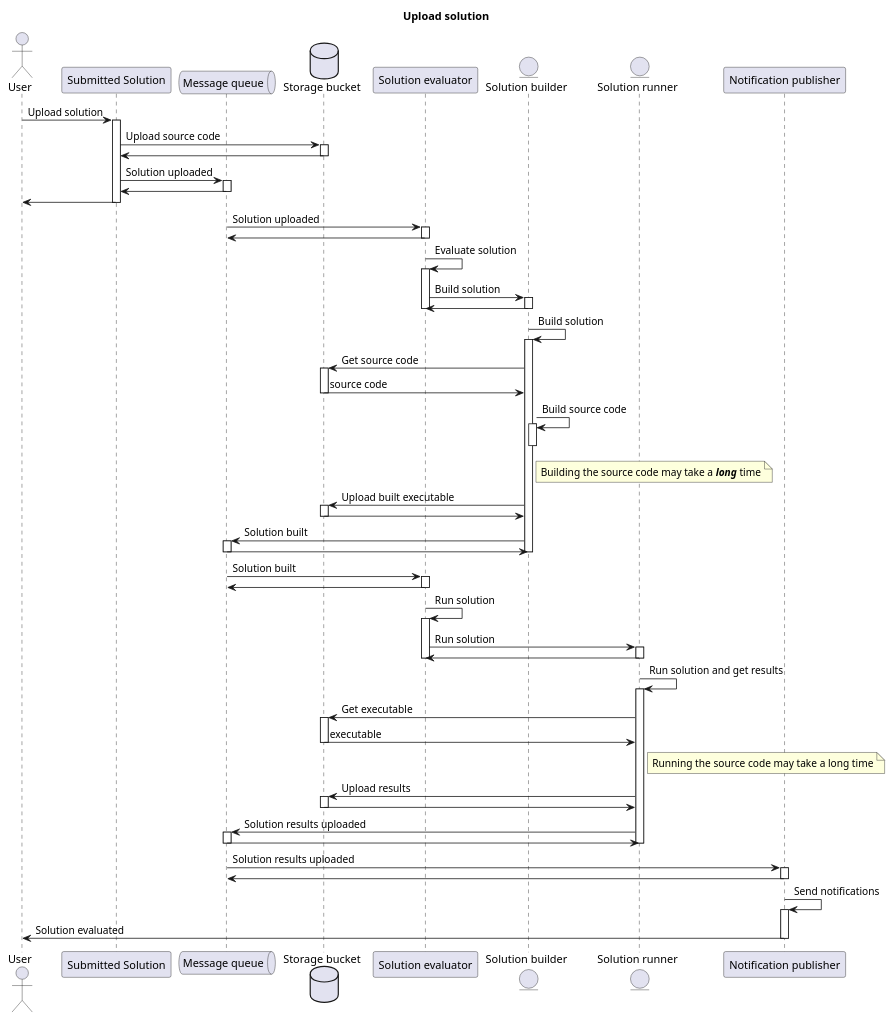
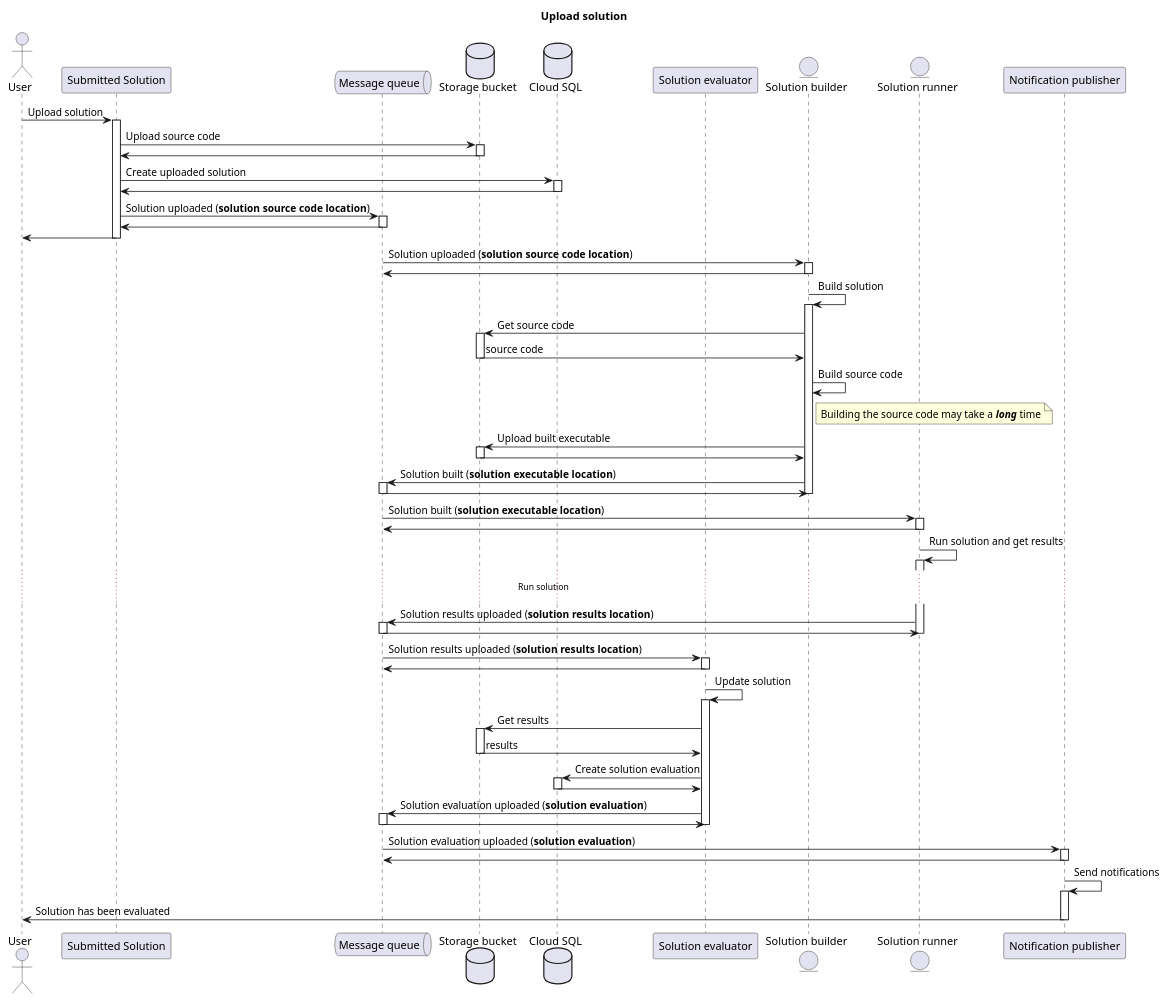
The diagram in specification/upload_solution.plantuml (nemaberci/codehub), drawn with PlantUML before and after one commit. The commit also changed 3 other files, not shown here.

Commit message:
GH-1 Updated UML to be more consistent

```diff
--- a/specification/upload_solution.plantuml
+++ b/specification/upload_solution.plantuml
@@ -1,79 +1,75 @@
 @startuml Upload solution
 title Upload solution
 
 actor User as user
 participant "Submitted Solution" as solution
 queue "Message queue" as mq
 database "Storage bucket" as bucket
+database "Cloud SQL" as sql
 user -> solution ++ : Upload solution
 
 solution -> bucket ++: Upload source code
 bucket -> solution --
 
-solution -> mq ++: Solution uploaded
+solution -> sql ++: Create uploaded solution
+sql -> solution --
+
+solution -> mq ++: Solution uploaded (**solution source code location**)
 mq -> solution --
 
 solution -> user --
 
 participant "Solution evaluator" as eval
 
-mq -> eval ++: Solution uploaded
-eval -> mq --
-
 entity "Solution builder" as builder
 entity "Solution runner" as runner
 
-eval -> eval ++: Evaluate solution
-
-
-eval -> builder ++: Build solution
-builder -> eval --
-deactivate eval
+mq -> builder ++: Solution uploaded (**solution source code location**)
+builder -> mq --
 
 builder -> builder ++: Build solution
 builder -> bucket ++: Get source code
 bucket -> builder --: source code
-builder -> builder ++: Build source code
+builder -> builder : Build source code
 
 note right of builder
 Building the source code may take a **//long//** time
 end note
 
-deactivate builder
 builder -> bucket ++: Upload built executable
 bucket -> builder --
-builder -> mq ++: Solution built
+builder -> mq ++: Solution built (**solution executable location**)
 mq -> builder --
 deactivate builder
 
-mq -> eval ++: Solution built
-eval -> mq --
-
-eval -> eval ++: Run solution
-eval -> runner ++: Run solution
-
-runner -> eval --
-deactivate eval
+mq -> runner ++: Solution built (**solution executable location**)
+runner -> mq --
 
 runner -> runner ++: Run solution and get results
-runner -> bucket ++: Get executable
-bucket -> runner --: executable
-note right of runner
-Running the source code may take a long time
-end note
 
-runner -> bucket ++: Upload results
-bucket -> runner --
-runner -> mq ++: Solution results uploaded
+... Run solution ...
+
+runner -> mq ++: Solution results uploaded (**solution results location**)
 mq -> runner --
 deactivate runner
 
+mq -> eval ++: Solution results uploaded (**solution results location**)
+eval -> mq --
+eval -> eval ++: Update solution
+eval -> bucket ++: Get results
+bucket -> eval --: results
+eval -> sql ++: Create solution evaluation
+sql -> eval --
+eval -> mq ++: Solution evaluation uploaded (**solution evaluation**)
+mq -> eval --
+deactivate eval
+
 participant "Notification publisher" as notification
 
-mq -> notification ++: Solution results uploaded
+mq -> notification ++: Solution evaluation uploaded (**solution evaluation**)
 notification -> mq --
 notification -> notification ++: Send notifications
-notification -> user : Solution evaluated
+notification -> user : Solution has been evaluated
 deactivate
 
 @enduml
```
